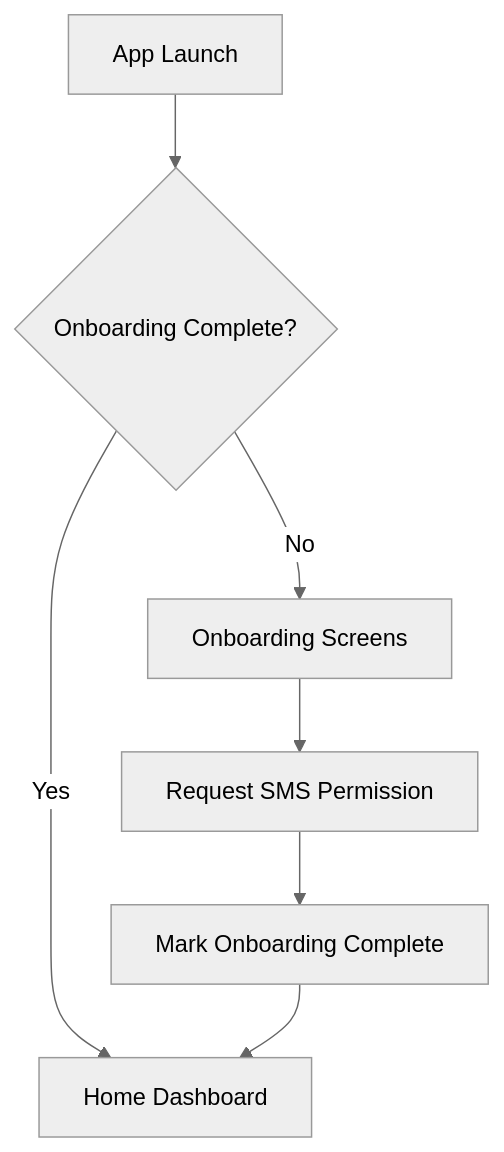
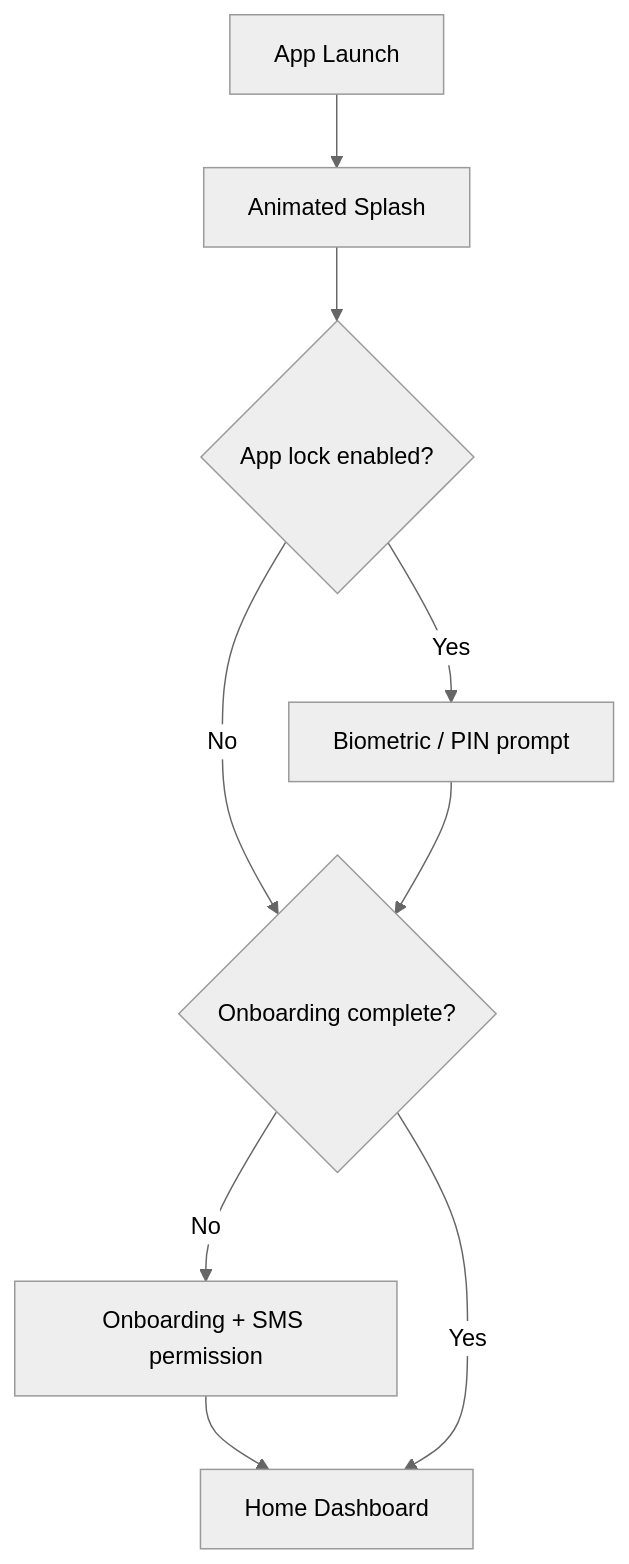
Before and after one commit to Yolo-cell-hash/budgetify: the third of 8 diagrams in README.md, drawn with Mermaid (neutral theme). The commit also changed other lines of this file and 1 other file, not shown here.

````diff
--- a/README.md
+++ b/README.md
@@ -47,9 +175,11 @@
 ```mermaid
 flowchart TD
-  A[App Launch] --> B{Onboarding Complete?}
-  B -- No --> C[Onboarding Screens]
-  C --> D[Request SMS Permission]
-  D --> E[Mark Onboarding Complete]
-  B -- Yes --> F[Home Dashboard]
-  E --> F
+  A[App Launch] --> S[Animated Splash]
+  S --> L{App lock enabled?}
+  L -- Yes --> Bio[Biometric / PIN prompt]
+  L -- No --> O{Onboarding complete?}
+  Bio --> O
+  O -- No --> ON[Onboarding + SMS permission]
+  ON --> Home[Home Dashboard]
+  O -- Yes --> Home
 ```
````
